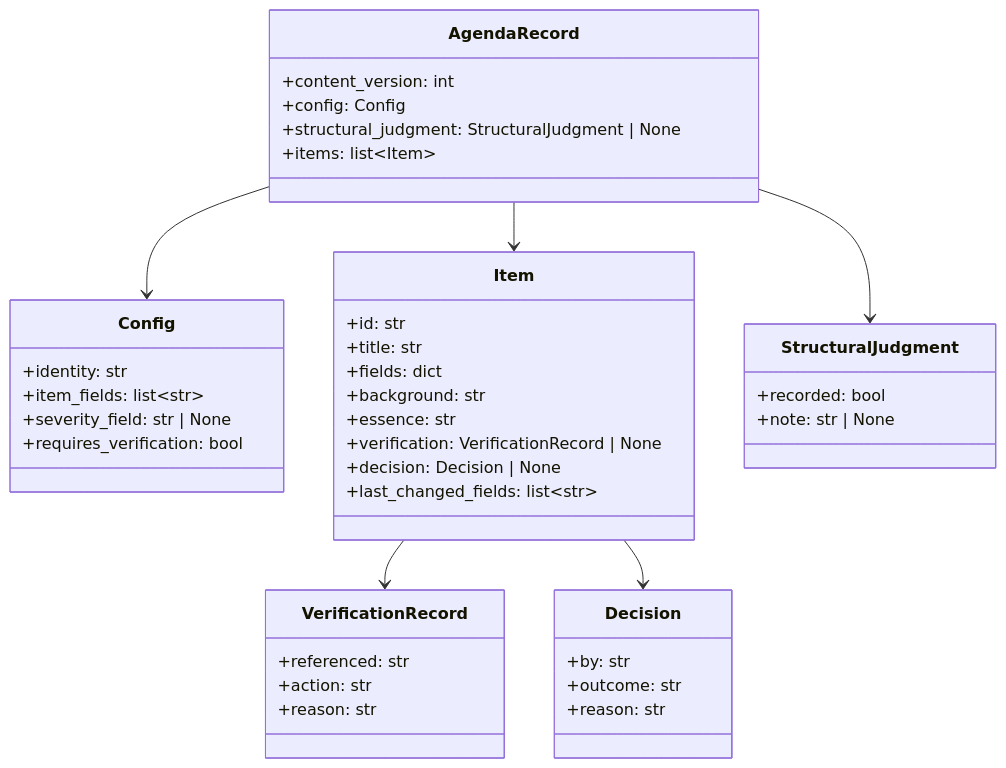
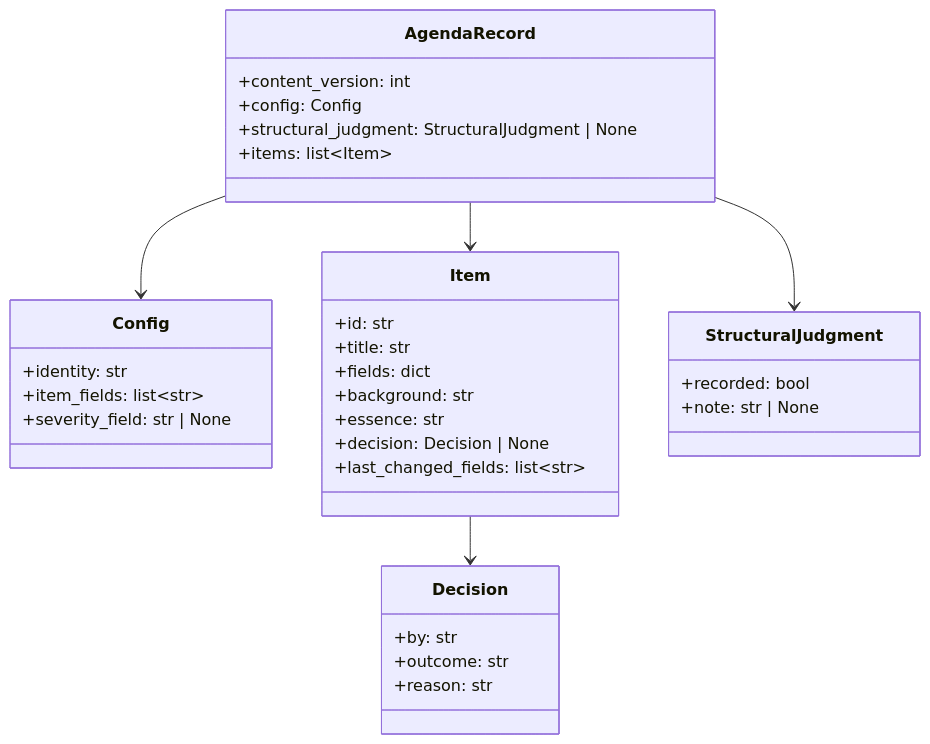
One commit to BlueEventHorizon/bw-cc-plugins changed the second of 3 diagrams in docs/specs/consult/agenda/design/DES-075_agenda_mechanism_design.md. Above: the diagram before and after it, drawn with Mermaid. The commit also changed other lines of this file and 9 other files, not shown here.

````diff
--- a/docs/specs/consult/agenda/design/DES-075_agenda_mechanism_design.md
+++ b/docs/specs/consult/agenda/design/DES-075_agenda_mechanism_design.md
@@ -51,44 +51,36 @@
 ```mermaid
 classDiagram
     class AgendaRecord {
         +content_version: int
         +config: Config
         +structural_judgment: StructuralJudgment | None
         +items: list~Item~
     }
     class Config {
         +identity: str
         +item_fields: list~str~
         +severity_field: str | None
-        +requires_verification: bool
     }
     class Item {
         +id: str
         +title: str
         +fields: dict
         +background: str
         +essence: str
-        +verification: VerificationRecord | None
         +decision: Decision | None
         +last_changed_fields: list~str~
-    }
-    class VerificationRecord {
-        +referenced: str
-        +action: str
-        +reason: str
     }
     class Decision {
         +by: str
         +outcome: str
         +reason: str
     }
     class StructuralJudgment {
         +recorded: bool
         +note: str | None
     }
     AgendaRecord --> Config
     AgendaRecord --> Item
     AgendaRecord --> StructuralJudgment
-    Item --> VerificationRecord
     Item --> Decision
 ```
````
